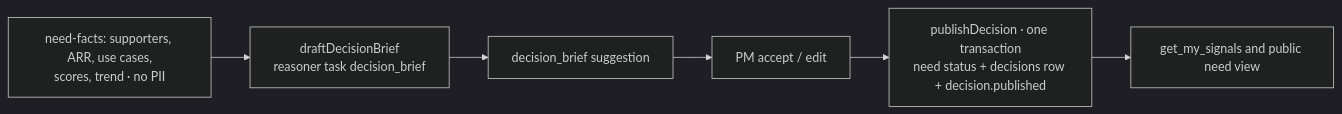
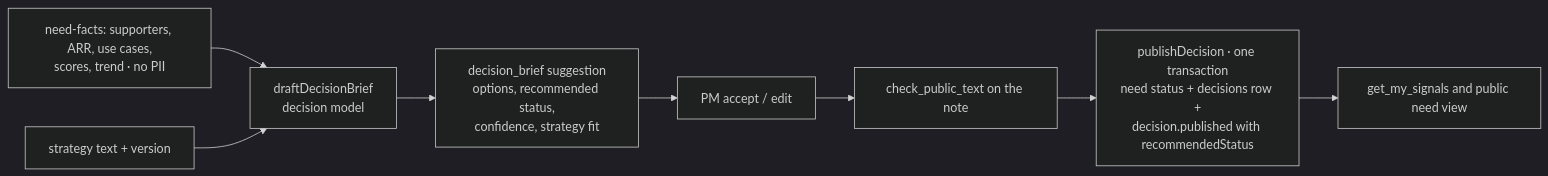
The sixth of 6 diagrams in docs/harness/ai-pipelines.md (gaboesquivel/flow-signal), drawn with Mermaid (dark theme) before and after one commit. The commit also changed other lines of this file and 7 other files, not shown here.

First line of the commit message:
docs(harness): refresh diagrams for specs 006, 007, and 010 (#12)

````diff
--- a/docs/harness/ai-pipelines.md
+++ b/docs/harness/ai-pipelines.md
@@ -98,8 +115,10 @@
 ```mermaid
 flowchart LR
-  F[need-facts: supporters, ARR, use cases,<br/>scores, trend · no PII] --> DB[draftDecisionBrief<br/>reasoner task decision_brief]
-  DB --> SUGG[decision_brief suggestion]
+  F[need-facts: supporters, ARR, use cases,<br/>scores, trend · no PII] --> DB[draftDecisionBrief<br/>decision model]
+  S[strategy text + version] --> DB
+  DB --> SUGG[decision_brief suggestion<br/>options, recommended status,<br/>confidence, strategy fit]
   SUGG --> RES[PM accept / edit]
-  RES --> PUB[publishDecision · one transaction<br/>need status + decisions row + decision.published]
+  RES --> CPT[check_public_text on the note]
+  CPT --> PUB[publishDecision · one transaction<br/>need status + decisions row +<br/>decision.published with recommendedStatus]
   PUB --> MY[get_my_signals and public need view]
 ```
````
